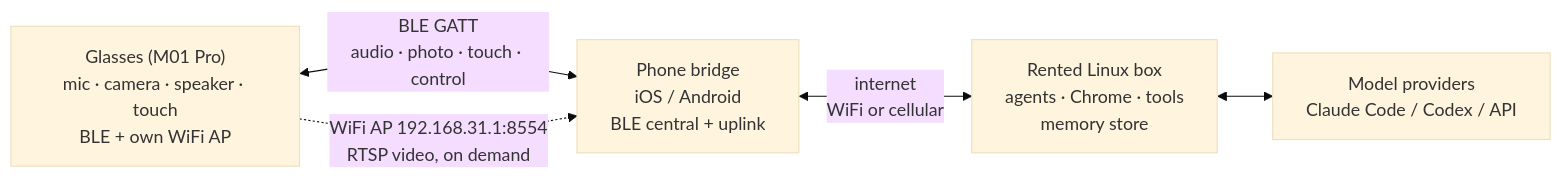
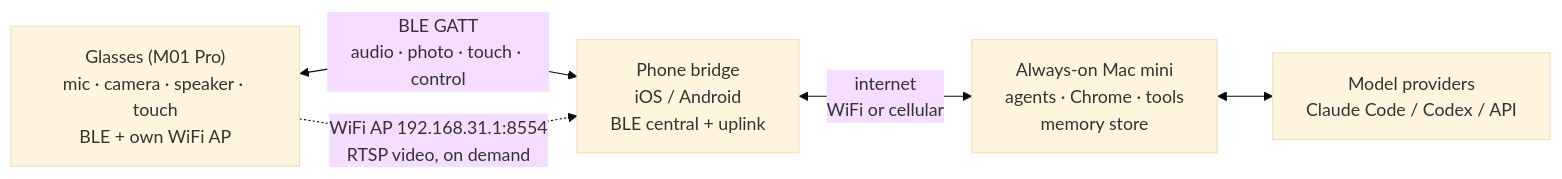
The first of 2 diagrams in docs/ARCHITECTURE.md (luthor007/relay), drawn with Mermaid (base theme) before and after one commit. The commit also changed other lines of this file, not shown here.

First line of the commit message:
Relay Cloud is an always-on Mac mini

````diff
--- a/docs/ARCHITECTURE.md
+++ b/docs/ARCHITECTURE.md
@@ -33,12 +33,12 @@
 ```mermaid
 flowchart LR
     G["Glasses (M01 Pro)<br/>mic · camera · speaker · touch<br/>BLE + own WiFi AP"]
     P["Phone bridge<br/>iOS / Android<br/>BLE central + uplink"]
-    B["Rented Linux box<br/>agents · Chrome · tools<br/>memory store"]
+    B["Always-on Mac mini<br/>agents · Chrome · tools<br/>memory store"]
     M["Model providers<br/>Claude Code / Codex / API"]
 
     G <-->|"BLE GATT<br/>audio · photo · touch · control"| P
     G -.->|"WiFi AP 192.168.31.1:8554<br/>RTSP video, on demand"| P
     P <-->|"internet<br/>WiFi or cellular"| B
     B <--> M
 ```
````
